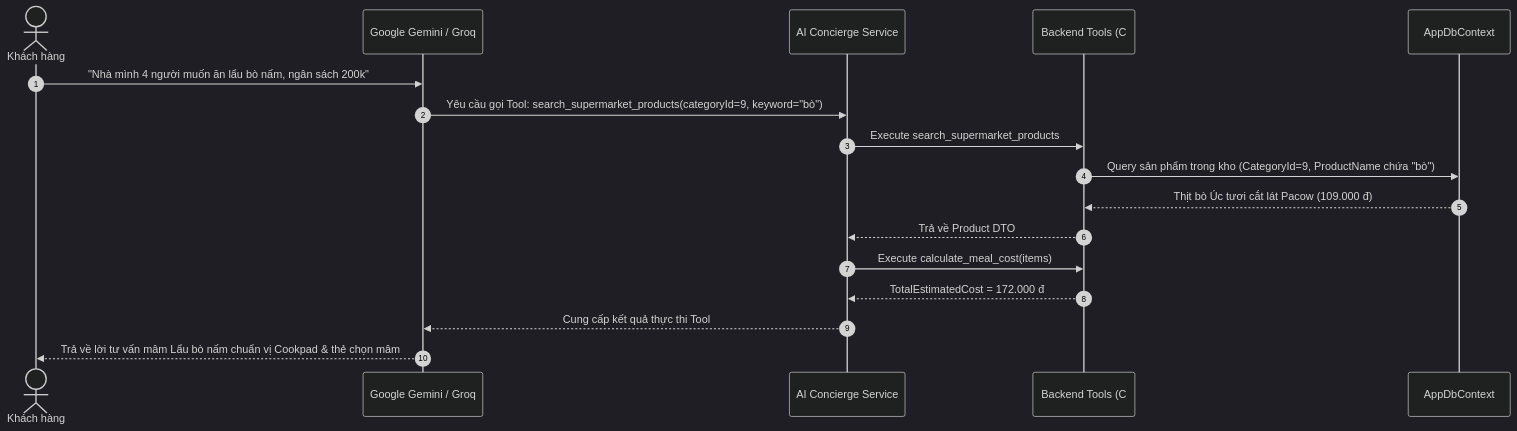
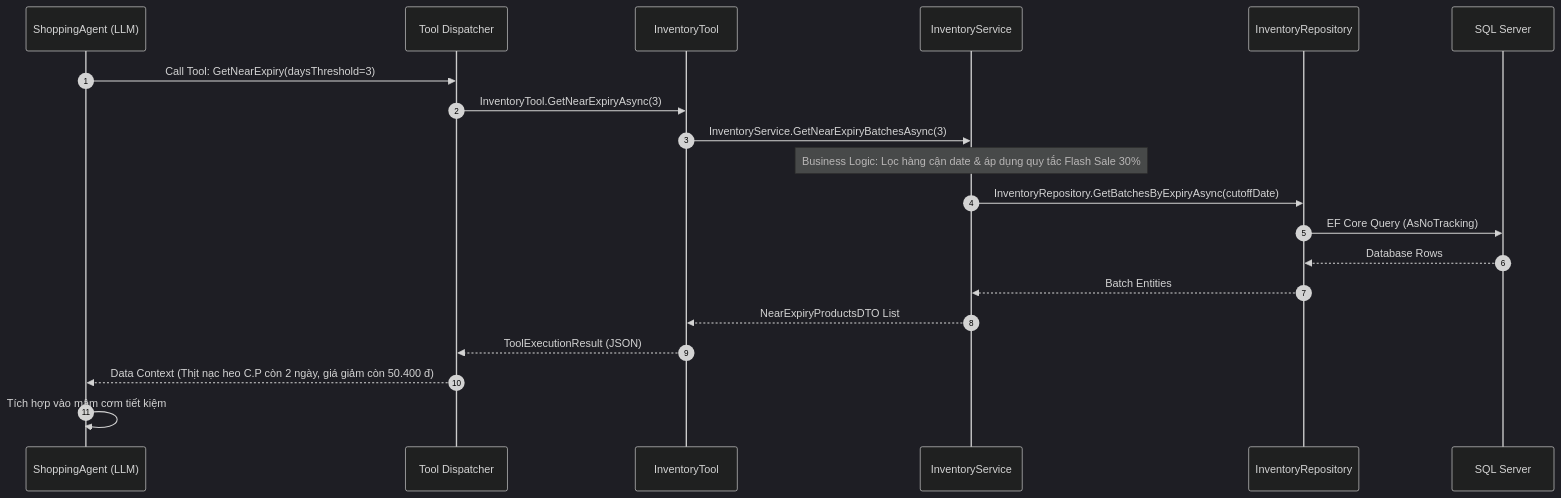
One commit to huykhang666/smart-supermarket changed the diagram in docs/10_AI/03_Tool_Calling.md. Above: the diagram before and after it, drawn with Mermaid (dark theme). The commit also changed other lines of this file and 19 other files, not shown here.

Commit message:
docs(ai): align architecture, prompts, examples, templates and knowledge base with enterprise multi-layer design

````diff
--- a/docs/10_AI/03_Tool_Calling.md
+++ b/docs/10_AI/03_Tool_Calling.md
@@ -23,20 +41,23 @@
 ```mermaid
 sequenceDiagram
     autonumber
-    actor User as Khách hàng
-    participant LLM as Google Gemini / Groq
-    participant Orchestrator as AI Concierge Service
-    participant Tool as Backend Tools (C#)
-    participant DB as AppDbContext
+    participant Agent as ShoppingAgent (LLM)
+    participant Disp as Tool Dispatcher
+    participant Tool as InventoryTool
+    participant Svc as InventoryService
+    participant Repo as InventoryRepository
+    participant DB as SQL Server
 
-    User->>LLM: "Nhà mình 4 người muốn ăn lẩu bò nấm, ngân sách 200k"
-    LLM->>Orchestrator: Yêu cầu gọi Tool: search_supermarket_products(categoryId=9, keyword="bò")
-    Orchestrator->>Tool: Execute search_supermarket_products
-    Tool->>DB: Query sản phẩm trong kho (CategoryId=9, ProductName chứa "bò")
-    DB-->>Tool: Thịt bò Úc tươi cắt lát Pacow (109.000 đ)
-    Tool-->>Orchestrator: Trả về Product DTO
-    Orchestrator->>Tool: Execute calculate_meal_cost(items)
-    Tool-->>Orchestrator: TotalEstimatedCost = 172.000 đ
-    Orchestrator-->>LLM: Cung cấp kết quả thực thi Tool
-    LLM-->>User: Trả về lời tư vấn mâm Lẩu bò nấm chuẩn vị Cookpad & thẻ chọn mâm
+    Agent->>Disp: Call Tool: GetNearExpiry(daysThreshold=3)
+    Disp->>Tool: InventoryTool.GetNearExpiryAsync(3)
+    Tool->>Svc: InventoryService.GetNearExpiryBatchesAsync(3)
+    Note over Svc: Business Logic: Lọc hàng cận date & áp dụng quy tắc Flash Sale 30%
+    Svc->>Repo: InventoryRepository.GetBatchesByExpiryAsync(cutoffDate)
+    Repo->>DB: EF Core Query (AsNoTracking)
+    DB-->>Repo: Database Rows
+    Repo-->>Svc: Batch Entities
+    Svc-->>Tool: NearExpiryProductsDTO List
+    Tool-->>Disp: ToolExecutionResult (JSON)
+    Disp-->>Agent: Data Context (Thịt nạc heo C.P còn 2 ngày, giá giảm còn 50.400 đ)
+    Agent->>Agent: Tích hợp vào mâm cơm tiết kiệm
 ```
````
